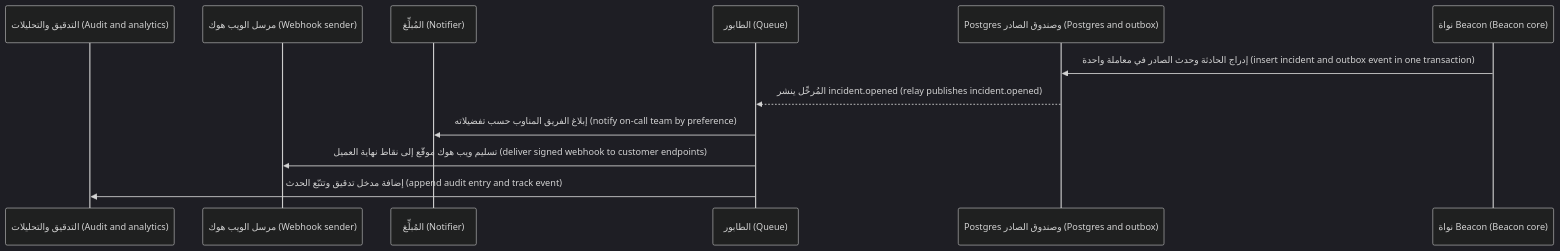
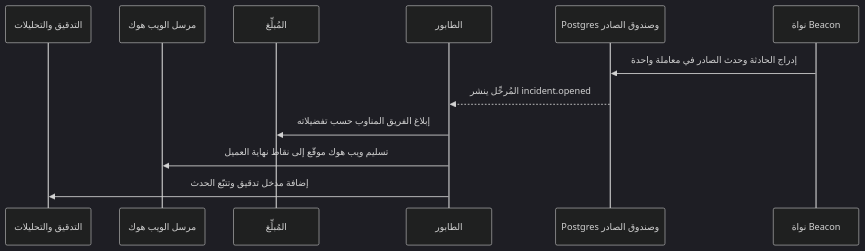
Before and after one commit to Tamoura/system-design-for-vibe-coders: the second of 2 diagrams in saas/modules/09-capstone.ar.md, drawn with Mermaid (dark theme). The commit also changed other lines of this file and 551 other files, not shown here.

````diff
--- a/saas/modules/09-capstone.ar.md
+++ b/saas/modules/09-capstone.ar.md
@@ -98,14 +98,14 @@
 ```mermaid
 sequenceDiagram
-    participant A as التدقيق والتحليلات (Audit and analytics)
-    participant H as مرسل الويب هوك (Webhook sender)
-    participant N as المُبلِّغ (Notifier)
-    participant Q as الطابور (Queue)
-    participant DB as Postgres وصندوق الصادر (Postgres and outbox)
-    participant Core as نواة Beacon (Beacon core)
-    Core->>DB: إدراج الحادثة وحدث الصادر في معاملة واحدة (insert incident and outbox event in one transaction)
-    DB-->>Q: المُرحِّل ينشر incident.opened (relay publishes incident.opened)
-    Q->>N: إبلاغ الفريق المناوب حسب تفضيلاته (notify on-call team by preference)
-    Q->>H: تسليم ويب هوك موقّع إلى نقاط نهاية العميل (deliver signed webhook to customer endpoints)
-    Q->>A: إضافة مدخل تدقيق وتتبّع الحدث (append audit entry and track event)
+    participant A as التدقيق والتحليلات
+    participant H as مرسل الويب هوك
+    participant N as المُبلِّغ
+    participant Q as الطابور
+    participant DB as Postgres وصندوق الصادر
+    participant Core as نواة Beacon
+    Core->>DB: إدراج الحادثة وحدث الصادر في معاملة واحدة
+    DB-->>Q: المُرحِّل ينشر incident.opened
+    Q->>N: إبلاغ الفريق المناوب حسب تفضيلاته
+    Q->>H: تسليم ويب هوك موقّع إلى نقاط نهاية العميل
+    Q->>A: إضافة مدخل تدقيق وتتبّع الحدث
 ```
````
